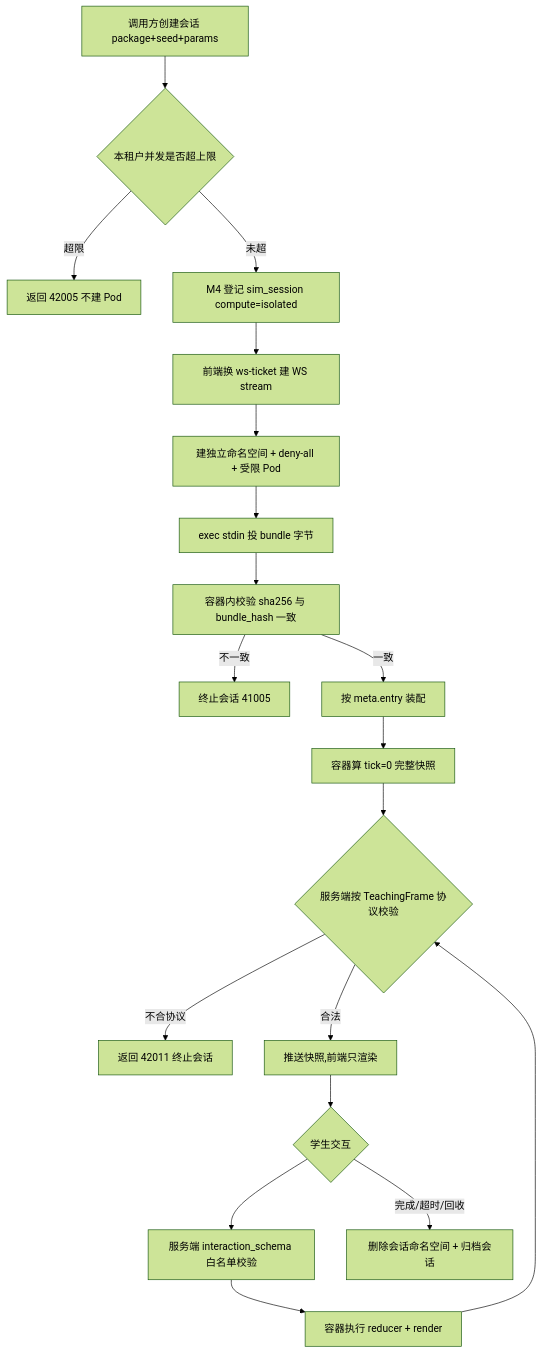
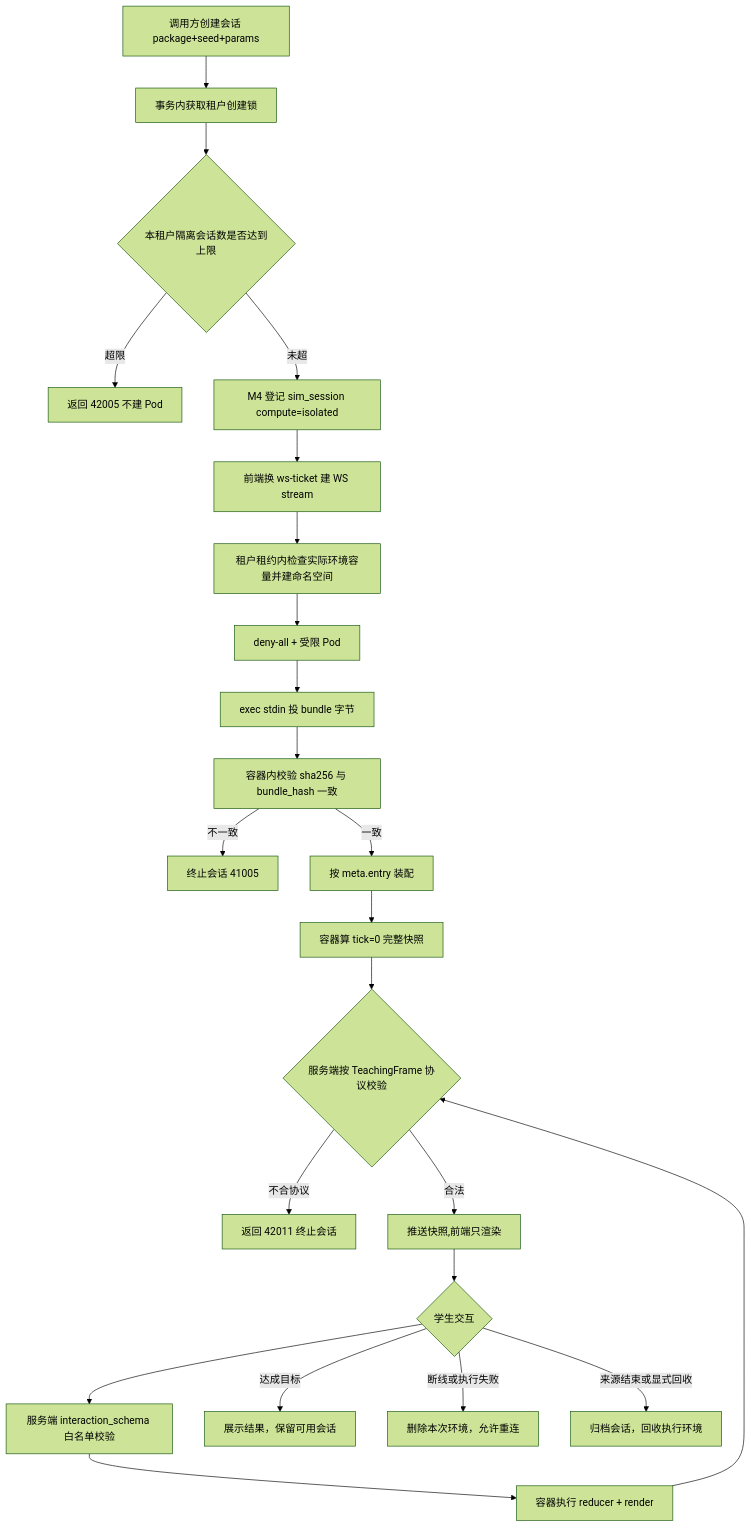
One commit to menghuishisan/CHAIMIR changed the second of 8 diagrams in docs/04-仿真可视化引擎/05-业务流程与状态机.md. Above: the diagram before and after it, drawn with Mermaid (forest theme). The commit also changed other lines of this file and 995 other files, not shown here.

````diff
--- a/docs/04-仿真可视化引擎/05-业务流程与状态机.md
+++ b/docs/04-仿真可视化引擎/05-业务流程与状态机.md
@@ -32,21 +33,25 @@
 ```mermaid
 flowchart TD
-    A[调用方创建会话 package+seed+params] --> B{本租户并发是否超上限}
+    A[调用方创建会话 package+seed+params] --> A1[事务内获取租户创建锁]
+    A1 --> B{本租户隔离会话数是否达到上限}
     B -->|超限| B1[返回 42005 不建 Pod]
     B -->|未超| C[M4 登记 sim_session compute=isolated]
     C --> D[前端换 ws-ticket 建 WS stream]
-    D --> E[建独立命名空间 + deny-all + 受限 Pod]
+    D --> D1[租户租约内检查实际环境容量并建命名空间]
+    D1 --> E[deny-all + 受限 Pod]
     E --> F[exec stdin 投 bundle 字节]
     F --> G[容器内校验 sha256 与 bundle_hash 一致]
     G -->|不一致| G1[终止会话 41005]
     G -->|一致| H[按 meta.entry 装配]
     H --> I[容器算 tick=0 完整快照]
     I --> J{服务端按 TeachingFrame 协议校验}
     J -->|不合协议| J1[返回 42011 终止会话]
     J -->|合法| K[推送快照,前端只渲染]
     K --> L{学生交互}
     L --> M[服务端 interaction_schema 白名单校验]
     M --> N[容器执行 reducer + render]
     N --> J
-    L -->|完成/超时/回收| O[删除会话命名空间 + 归档会话]
+    L -->|达成目标| O[展示结果，保留可用会话]
+    L -->|断线或执行失败| P[删除本次环境，允许重连]
+    L -->|来源结束或显式回收| Q[归档会话，回收执行环境]
 ```
````
